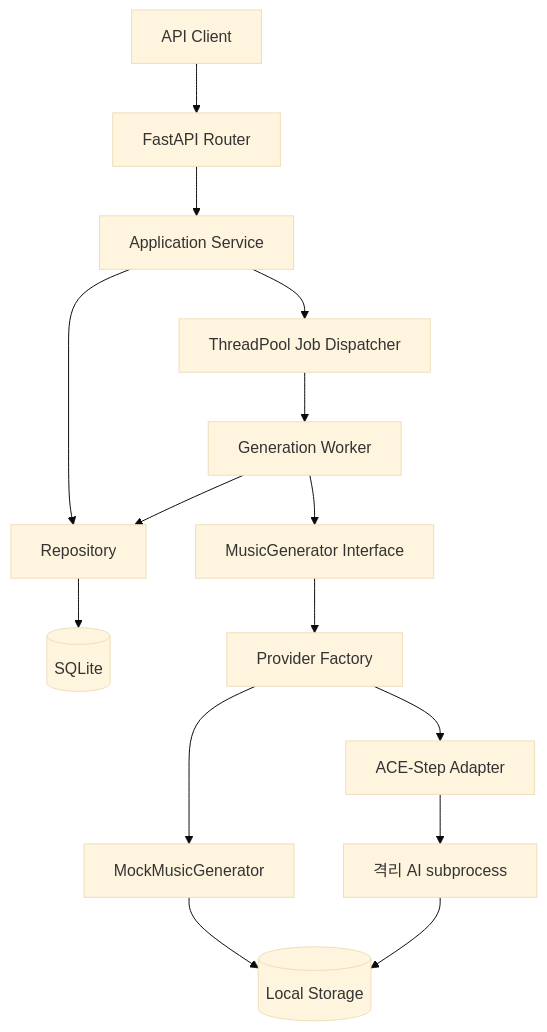
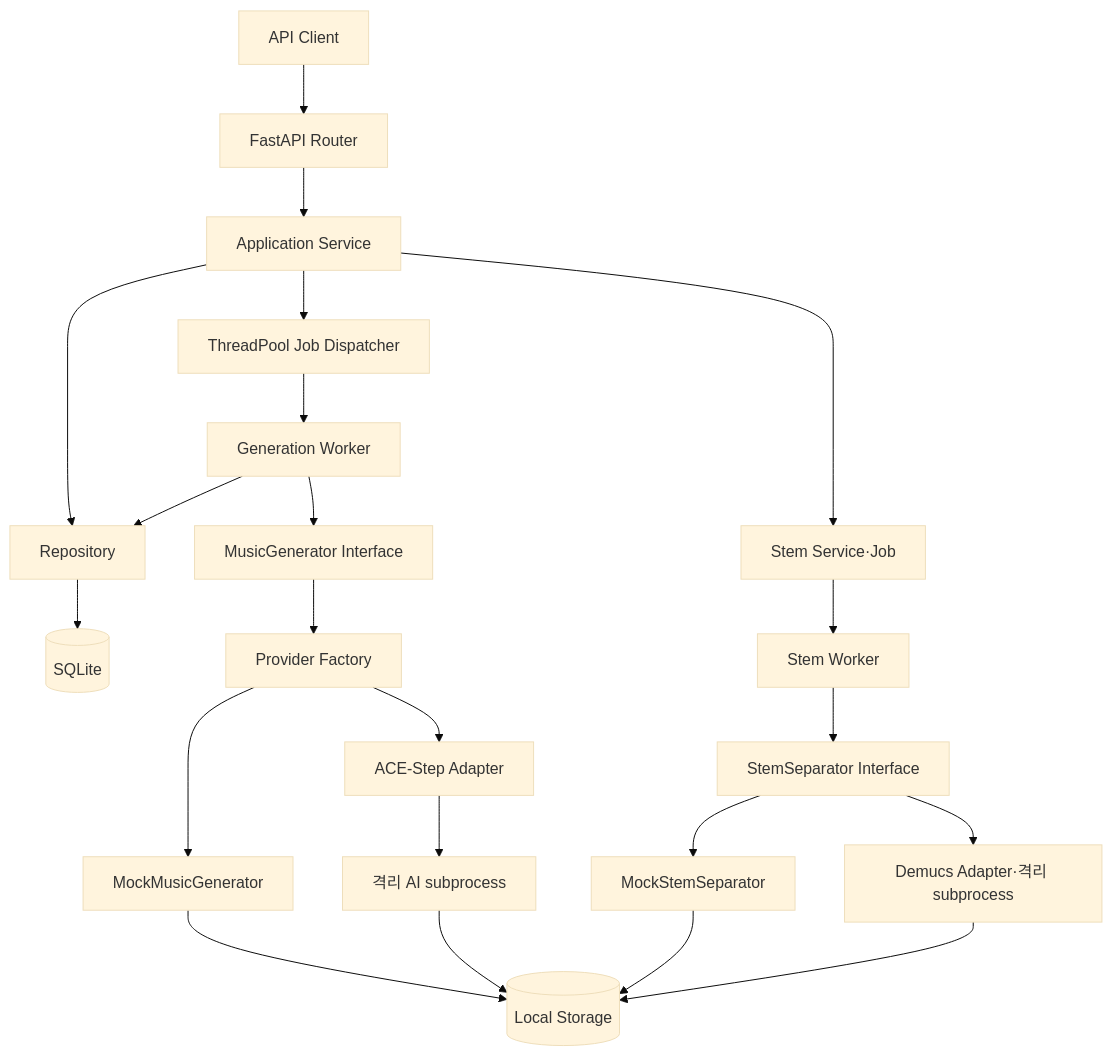
The diagram in docs/03-architecture/system-architecture.md (DohaStudio/DohaMusic), drawn with Mermaid (base theme) before and after one commit. The commit also changed other lines of this file and 71 other files, not shown here.

Commit message:
feat: Stem Separation Adapter 구축

````diff
--- a/docs/03-architecture/system-architecture.md
+++ b/docs/03-architecture/system-architecture.md
@@ -6,17 +6,24 @@
 ```mermaid
 flowchart TB
   C[API Client] --> A[FastAPI Router]
   A --> S[Application Service]
   S --> R[Repository]
   R --> D[(SQLite)]
   S --> J[ThreadPool Job Dispatcher]
   J --> W[Generation Worker]
   W --> I[MusicGenerator Interface]
   I --> F[Provider Factory]
   F --> M[MockMusicGenerator]
   F --> X[ACE-Step Adapter]
   X --> P[격리 AI subprocess]
   M --> O[(Local Storage)]
   P --> O
+  S --> SJ[Stem Service·Job]
+  SJ --> SW[Stem Worker]
+  SW --> SI[StemSeparator Interface]
+  SI --> MS[MockStemSeparator]
+  SI --> DA[Demucs Adapter·격리 subprocess]
+  MS --> O
+  DA --> O
   W --> R
 ```
````
